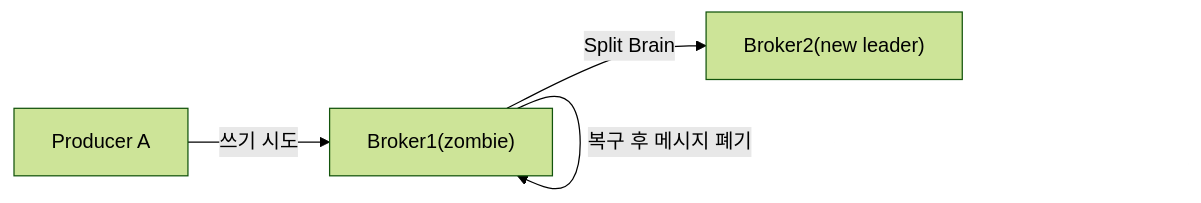
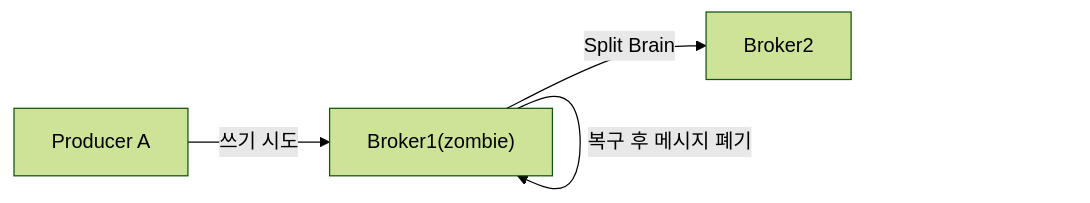
Before and after one commit to yjkim2015/yjkim2015.github.io: diagram 17 of 21 in _posts/kafka/2026-05-01-kafka-extreme-scenarios.md, drawn with Mermaid (forest theme). The commit also changed other lines of this file and 245 other files, not shown here.

First line of the commit message:
Mermaid 다이어그램 전면 수정 + 면접 포인트 접기/펼치기 + DB 데드락 페이지

````diff
--- a/_posts/kafka/2026-05-01-kafka-extreme-scenarios.md
+++ b/_posts/kafka/2026-05-01-kafka-extreme-scenarios.md
@@ -509,6 +509,6 @@
 ```mermaid
 graph LR
     PA["Producer A"] -->|"쓰기 시도"| B1["Broker1(zombie)"]
-    B1 -->|"Split Brain"| B2["Broker2(new leader)"]
+    B1 -->|"Split Brain"| B2["Broker2"]
     B1 -->|"복구 후 메시지 폐기"| B1
 ```
````
